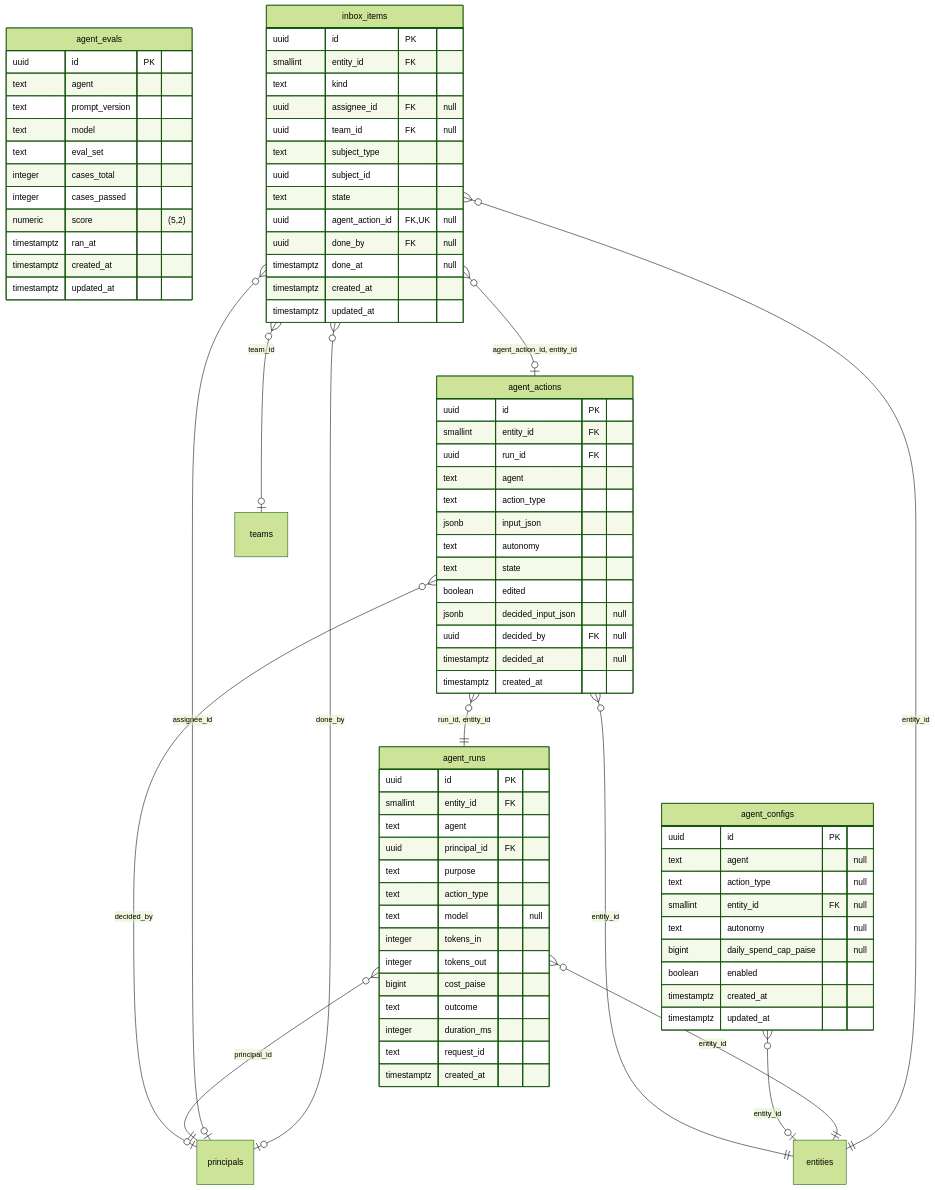
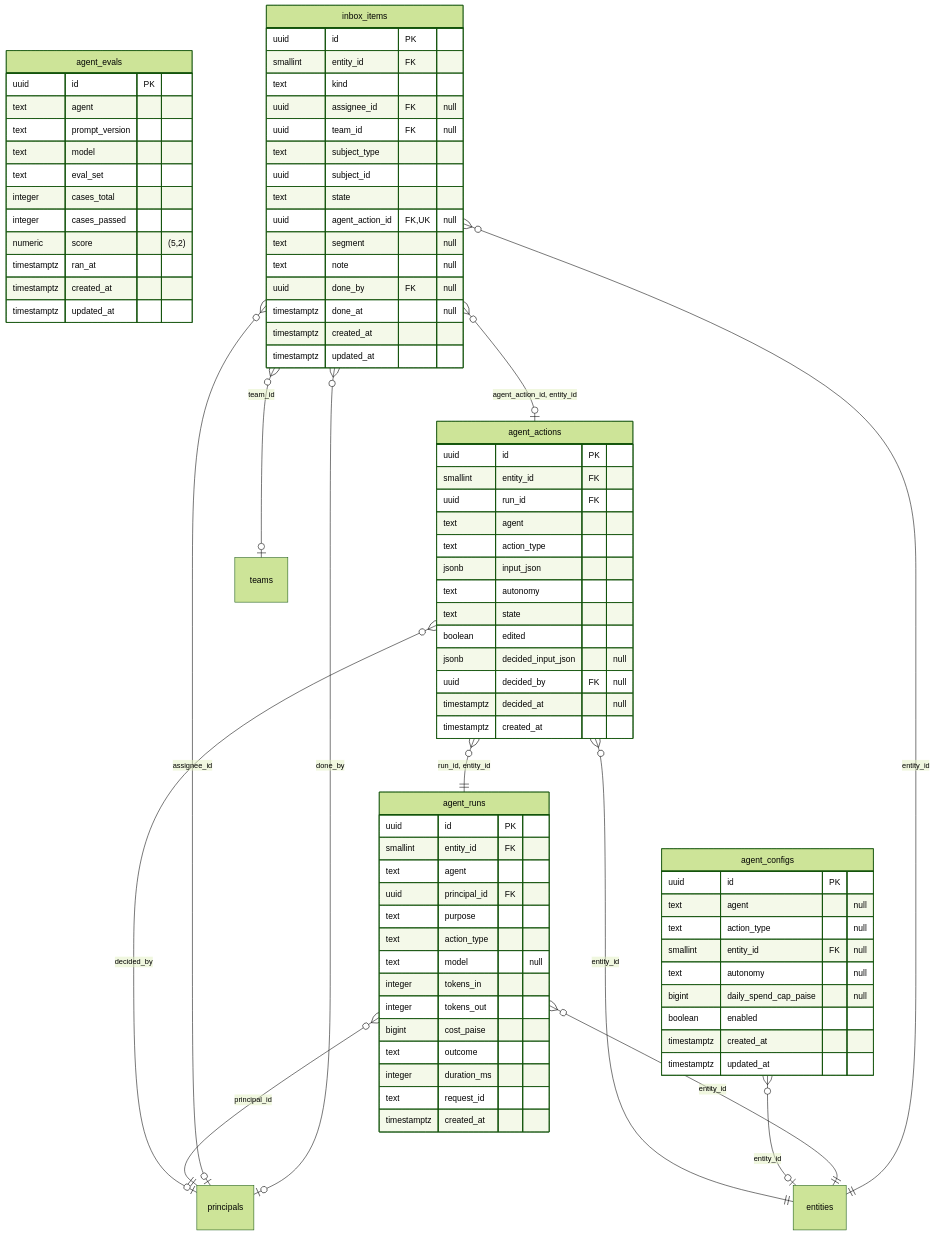
The sixth of 17 diagrams in docs/data/ERD.md (techaust/shakti_prime), drawn with Mermaid (forest theme) before and after one commit. The commit also changed other lines of this file and 5 other files, not shown here.

```diff
--- a/docs/data/ERD.md
+++ b/docs/data/ERD.md
@@ -869,6 +884,8 @@
     uuid subject_id
     text state
     uuid agent_action_id FK, UK "null"
+    text segment "null"
+    text note "null"
     uuid done_by FK "null"
     timestamptz done_at "null"
     timestamptz created_at
```
